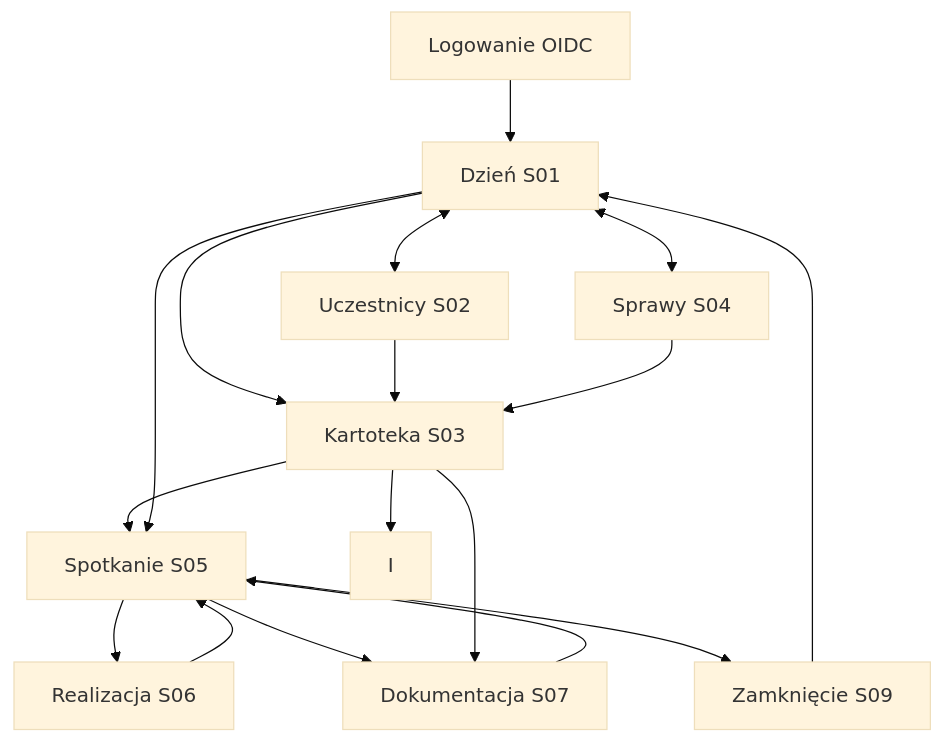
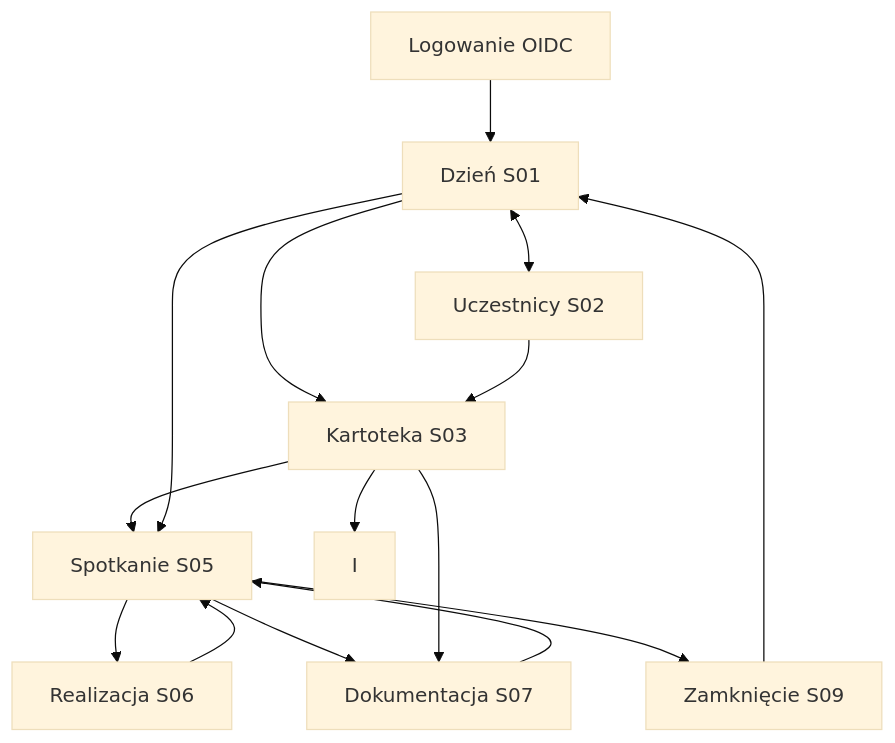
Before and after one commit to boryspawel/moves: the diagram in docs/mobile/02-information-architecture.md, drawn with Mermaid (base theme). The commit also changed other lines of this file and 12 other files, not shown here.

```diff
--- a/docs/mobile/02-information-architecture.md
+++ b/docs/mobile/02-information-architecture.md
@@ -34,20 +34,18 @@
 ~~~mermaid
 flowchart TD
   A[Logowanie OIDC] --> B[Dzień S01]
   B <--> C[Uczestnicy S02]
-  B <--> D[Sprawy S04]
   B --> E[Kartoteka S03]
   C --> E
-  D --> E
   E --> F[Spotkanie S05]
   B --> F
   F --> G[Realizacja S06]
   F --> H[Dokumentacja S07]
   %% S08 Pomiary: poza aktywnym MVP do czasu zgody po stronie backendu
   G --> F
   H --> F
   F --> J[Zamknięcie S09]
   J --> B
   E --> H
   E --> I
 ~~~
```
